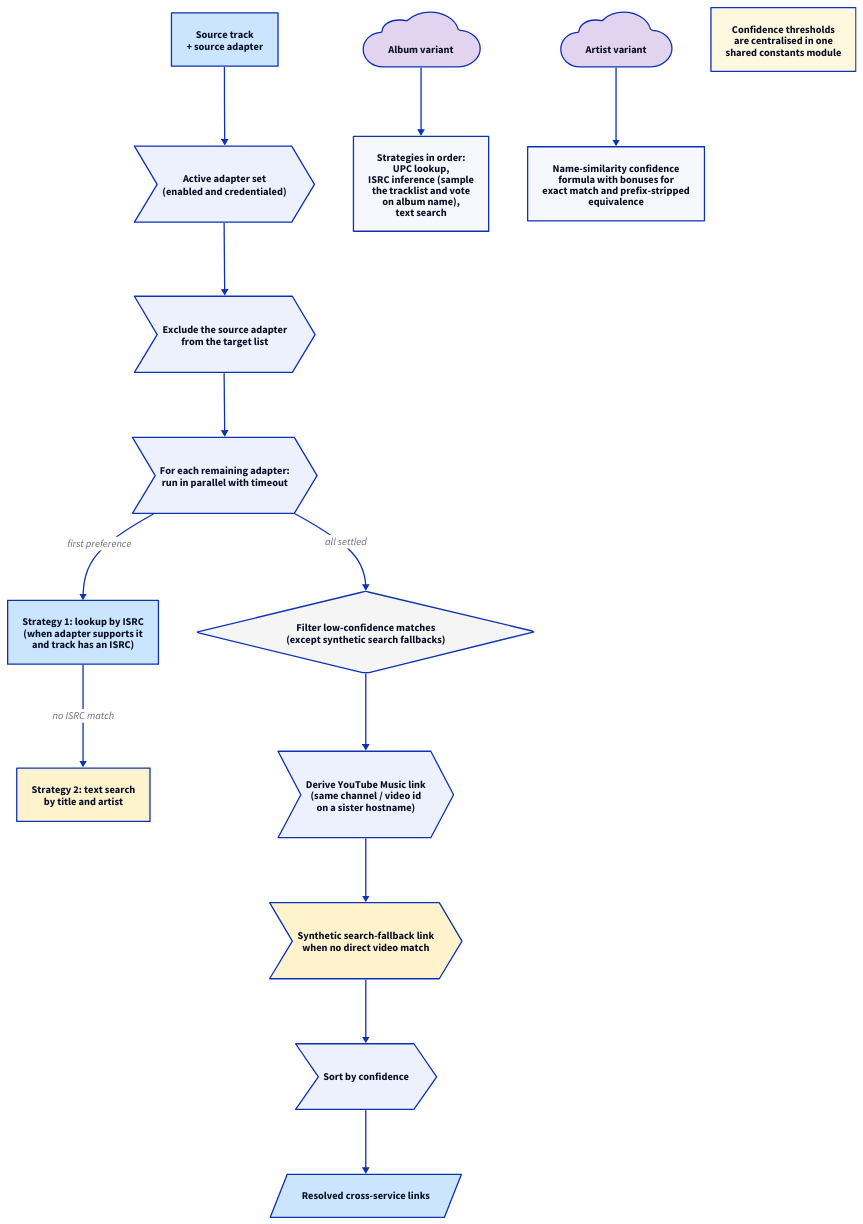
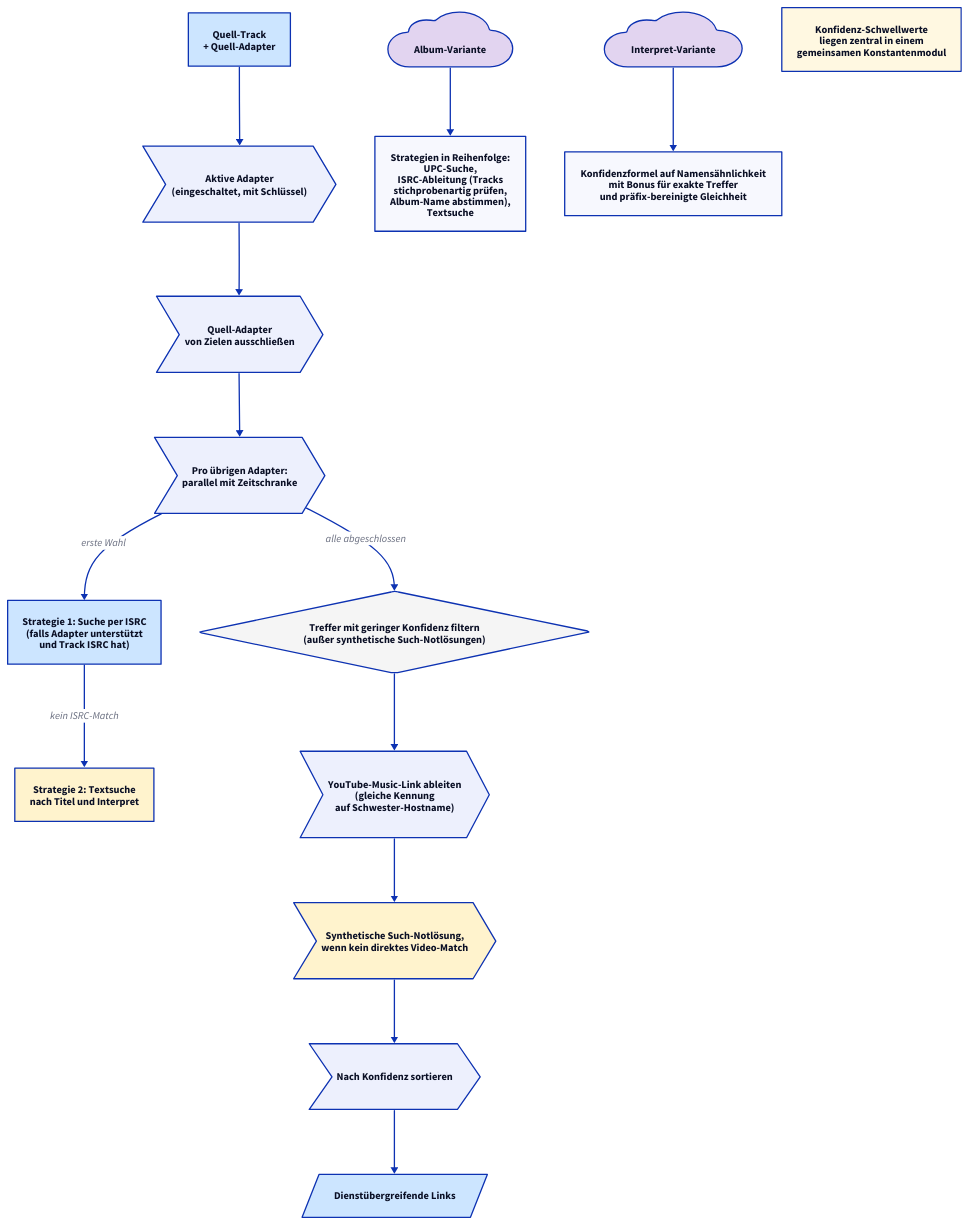
The diagram in docs/resolve-flow/diagrams/04-cross-service.d2 (phranck/musiccloud), drawn with D2 before and after one commit. The commit also changed 29 other files, not shown here.

First line of the commit message:
Docs: Translate resolve-flow diagrams to German

```diff
--- a/docs/resolve-flow/diagrams/04-cross-service.d2
+++ b/docs/resolve-flow/diagrams/04-cross-service.d2
@@ -1,101 +1,101 @@
-# Cross-service expansion: try every other adapter for the same track.
+# Dienstübergreifende Suche: jeden weiteren Adapter für denselben Track abfragen.
 
 direction: down
 
-input: "Source track\n+ source adapter" {
+input: "Quell-Track\n+ Quell-Adapter" {
   shape: rectangle
   style.fill: "#cce5ff"
 }
 
-active: "Active adapter set\n(enabled and credentialed)" {
+active: "Aktive Adapter\n(eingeschaltet, mit Schlüssel)" {
   shape: step
 }
 
 input -> active
 
-filter_self: "Exclude the source adapter\nfrom the target list" {
+filter_self: "Quell-Adapter\nvon Zielen ausschließen" {
   shape: step
 }
 
 active -> filter_self
 
-per_adapter: "For each remaining adapter:\nrun in parallel with timeout" {
+per_adapter: "Pro übrigen Adapter:\nparallel mit Zeitschranke" {
   shape: step
 }
 
 filter_self -> per_adapter
 
-isrc_strategy: "Strategy 1: lookup by ISRC\n(when adapter supports it\nand track has an ISRC)" {
+isrc_strategy: "Strategie 1: Suche per ISRC\n(falls Adapter unterstützt\nund Track ISRC hat)" {
   shape: rectangle
   style.fill: "#cce5ff"
 }
 
-search_strategy: "Strategy 2: text search\nby title and artist" {
+search_strategy: "Strategie 2: Textsuche\nnach Titel und Interpret" {
   shape: rectangle
   style.fill: "#fff3cd"
 }
 
-per_adapter -> isrc_strategy: "first preference"
-isrc_strategy -> search_strategy: "no ISRC match"
+per_adapter -> isrc_strategy: "erste Wahl"
+isrc_strategy -> search_strategy: "kein ISRC-Match"
 
-confidence_filter: "Filter low-confidence matches\n(except synthetic search fallbacks)" {
+confidence_filter: "Treffer mit geringer Konfidenz filtern\n(außer synthetische Such-Notlösungen)" {
   shape: diamond
   style.fill: "#f5f5f5"
 }
 
-per_adapter -> confidence_filter: "all settled"
+per_adapter -> confidence_filter: "alle abgeschlossen"
 
-derive_yt_music: "Derive YouTube Music link\n(same channel / video id\non a sister hostname)" {
+derive_yt_music: "YouTube-Music-Link ableiten\n(gleiche Kennung\nauf Schwester-Hostname)" {
   shape: step
 }
 
 confidence_filter -> derive_yt_music
 
-yt_search_fallback: "Synthetic search-fallback link\nwhen no direct video match" {
+yt_search_fallback: "Synthetische Such-Notlösung,\nwenn kein direktes Video-Match" {
   shape: step
   style.fill: "#fff3cd"
 }
 
 derive_yt_music -> yt_search_fallback
 
-sort: "Sort by confidence" {
+sort: "Nach Konfidenz sortieren" {
   shape: step
 }
 
 yt_search_fallback -> sort
 
-result: "Resolved cross-service links" {
+result: "Dienstübergreifende Links" {
   shape: parallelogram
   style.fill: "#cce5ff"
 }
 
 sort -> result
 
-# Variants for albums and artists
+# Varianten für Alben und Interpreten
 
-album_variant: "Album variant" {
+album_variant: "Album-Variante" {
   shape: cloud
   style.fill: "#e2d4f0"
 }
 
-album_strategies: "Strategies in order:\nUPC lookup,\nISRC inference (sample\nthe tracklist and vote\non album name),\ntext search" {
+album_strategies: "Strategien in Reihenfolge:\nUPC-Suche,\nISRC-Ableitung (Tracks\nstichprobenartig prüfen,\nAlbum-Name abstimmen),\nTextsuche" {
   shape: rectangle
 }
 
 album_variant -> album_strategies
 
-artist_variant: "Artist variant" {
+artist_variant: "Interpret-Variante" {
   shape: cloud
   style.fill: "#e2d4f0"
 }
 
-artist_scoring: "Name-similarity confidence\nformula with bonuses for\nexact match and prefix-stripped\nequivalence" {
+artist_scoring: "Konfidenzformel auf Namensähnlichkeit\nmit Bonus für exakte Treffer\nund präfix-bereinigte Gleichheit" {
   shape: rectangle
 }
 
 artist_variant -> artist_scoring
 
-constants: "Confidence thresholds\nare centralised in one\nshared constants module" {
+constants: "Konfidenz-Schwellwerte\nliegen zentral in einem\ngemeinsamen Konstantenmodul" {
   shape: rectangle
   style.fill: "#fff8e1"
 }
```
